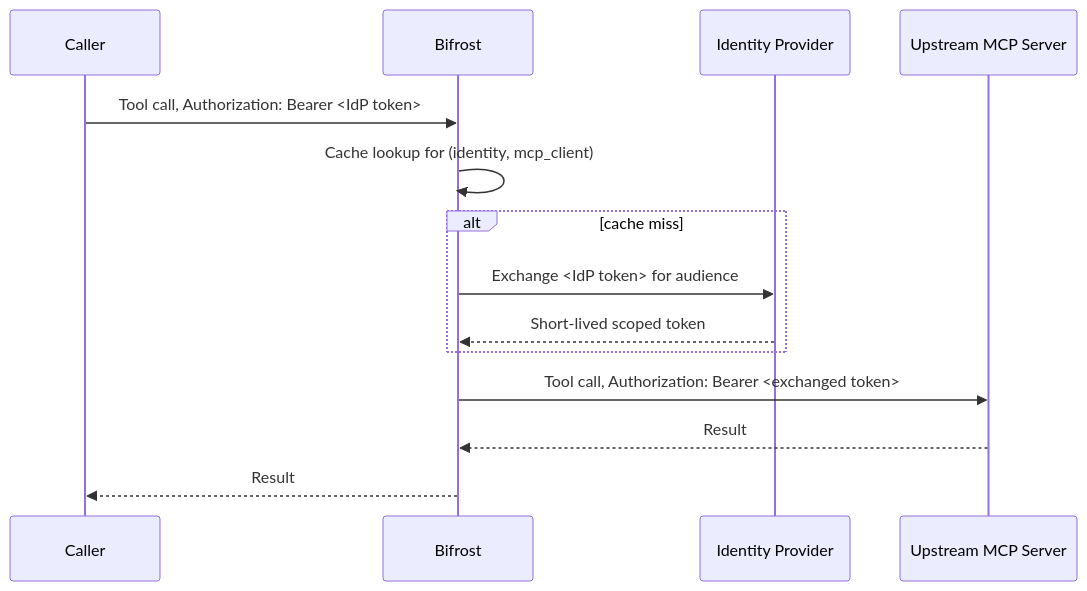
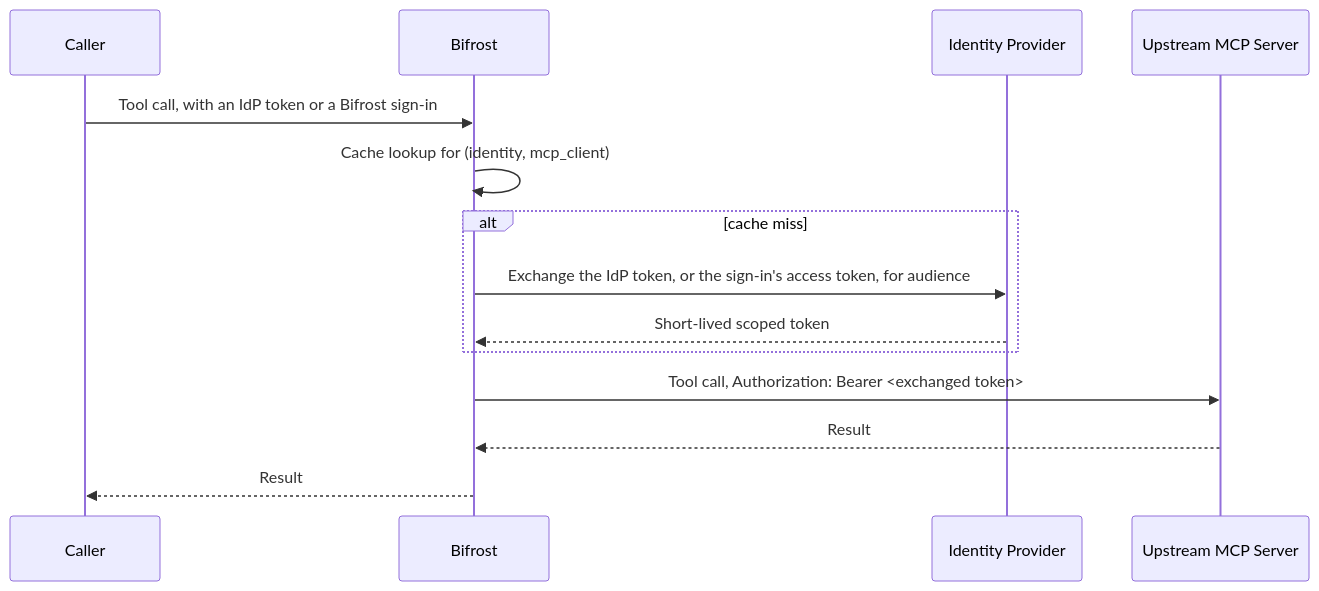
One commit to maximhq/bifrost changed the diagram in docs/mcp/auth/token-exchange.mdx. Above: the diagram before and after it, drawn with Mermaid. The commit also changed other lines of this file and 10 other files, not shown here.

Commit message:
docs: document token exchange from the stored Bifrost sign-in

````diff
--- a/docs/mcp/auth/token-exchange.mdx
+++ b/docs/mcp/auth/token-exchange.mdx
@@ -158,17 +158,17 @@
 ```mermaid
 sequenceDiagram
     participant U as Caller
     participant B as Bifrost
     participant I as Identity Provider
     participant M as Upstream MCP Server
 
-    U->>B: Tool call, Authorization: Bearer <IdP token>
+    U->>B: Tool call, with an IdP token or a Bifrost sign-in
     B->>B: Cache lookup for (identity, mcp_client)
     alt cache miss
-        B->>I: Exchange <IdP token> for audience
+        B->>I: Exchange the IdP token, or the sign-in's access token, for audience
         I-->>B: Short-lived scoped token
     end
     B->>M: Tool call, Authorization: Bearer <exchanged token>
     M-->>B: Result
     B-->>U: Result
 ```
````
